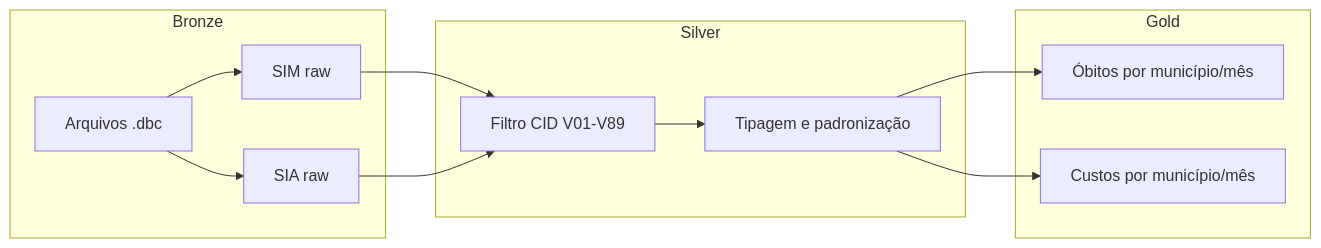
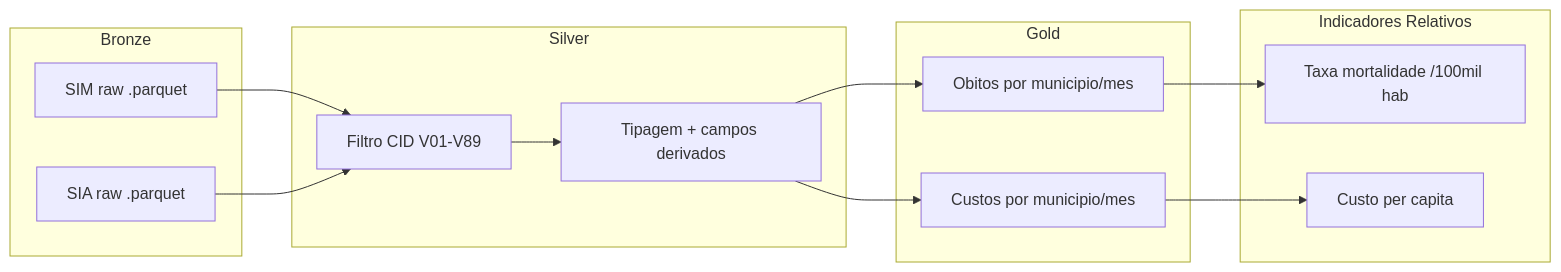
Before and after one commit to thallyslemos/tcc-pipeline-transito-sus: the second of 4 diagrams in ARCHITECTURE.md, drawn with Mermaid. The commit also changed other lines of this file and 9 other files, not shown here.

````diff
--- a/ARCHITECTURE.md
+++ b/ARCHITECTURE.md
@@ -42,26 +41,30 @@
 ```mermaid
 flowchart LR
     subgraph Bronze[Bronze]
-        DBC[Arquivos .dbc]
-        B1[SIM raw]
-        B2[SIA raw]
+        B1[SIM raw .parquet]
+        B2[SIA raw .parquet]
     end
 
     subgraph Silver[Silver]
         S1[Filtro CID V01-V89]
-        S2[Tipagem e padronização]
+        S2[Tipagem + campos derivados]
     end
 
     subgraph Gold[Gold]
-        G1[Óbitos por município/mês]
-        G2[Custos por município/mês]
+        G1[Obitos por municipio/mes]
+        G2[Custos por municipio/mes]
     end
 
-    DBC --> B1
-    DBC --> B2
+    subgraph Indicadores[Indicadores Relativos]
+        I1[Taxa mortalidade /100mil hab]
+        I2[Custo per capita]
+    end
+
     B1 --> S1
     B2 --> S1
     S1 --> S2
     S2 --> G1
     S2 --> G2
+    G1 --> I1
+    G2 --> I2
 ```
````
